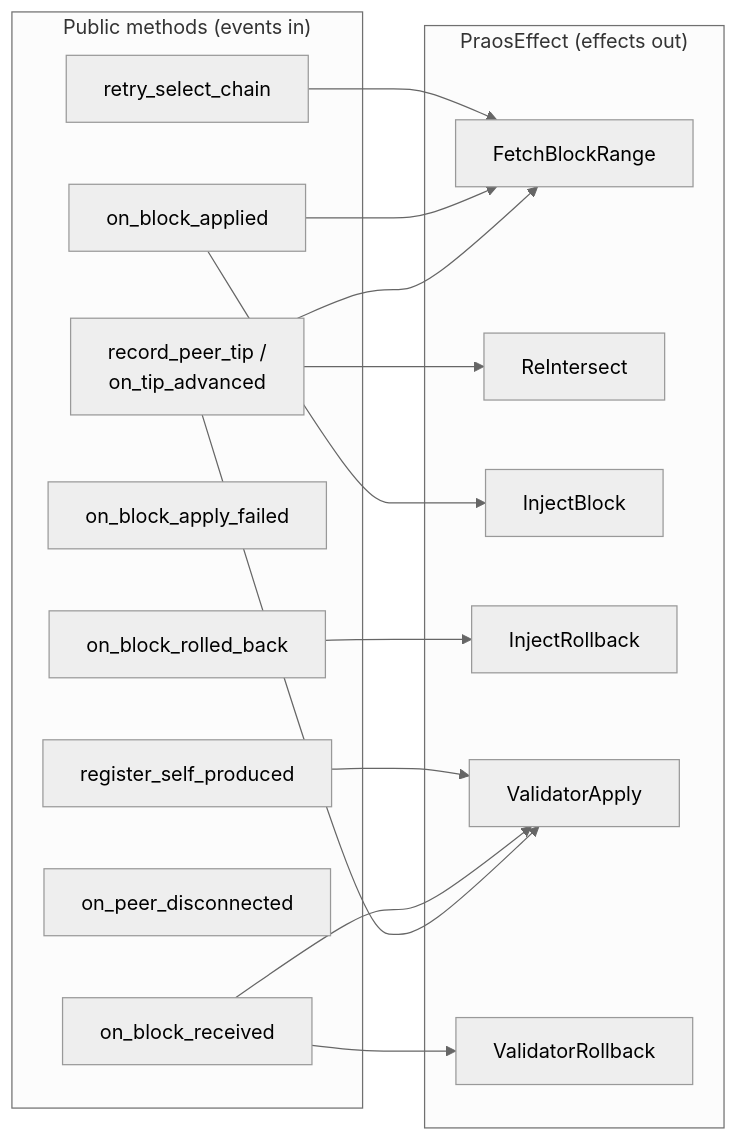
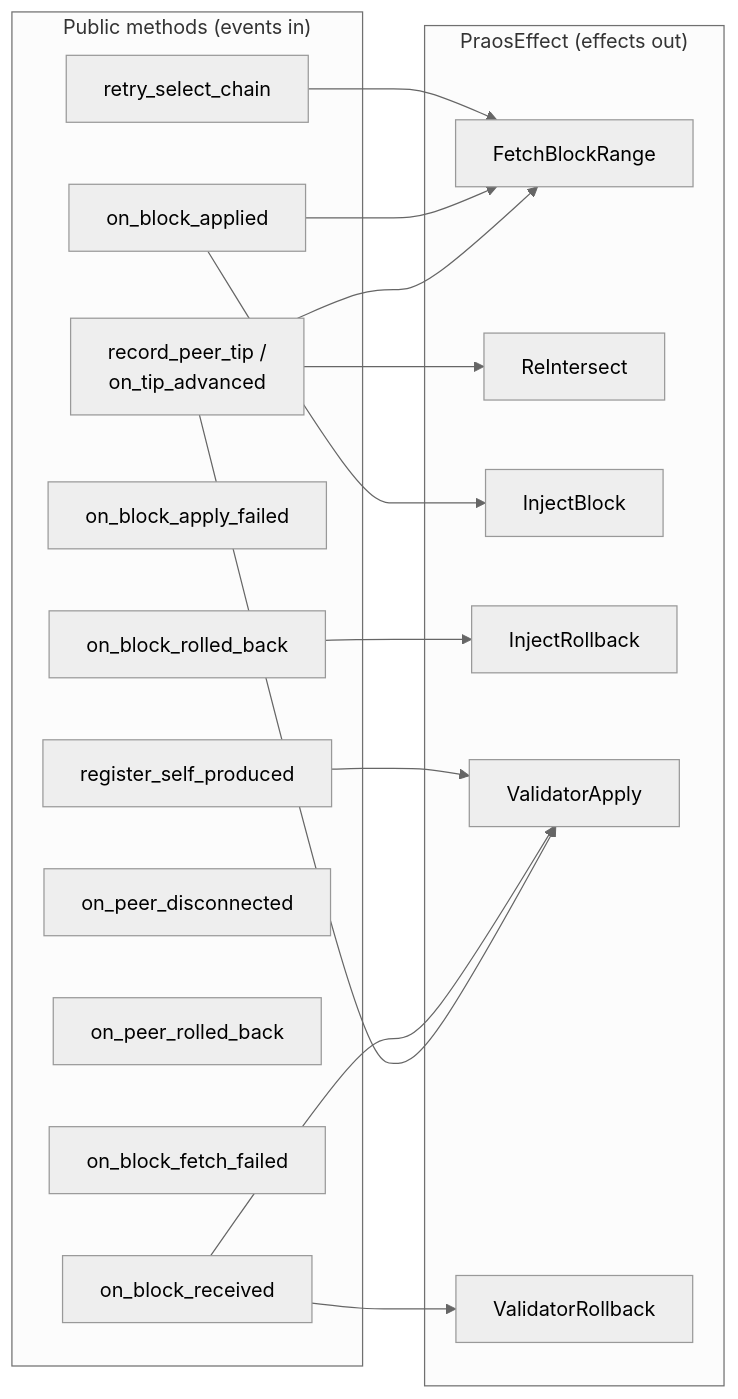
Before and after one commit to input-output-hk/ouroboros-leios: the sixth of 9 diagrams in shared-rs/consensus/README.md, drawn with Mermaid (neutral theme). The commit also changed other lines of this file and 2 other files, not shown here.

````diff
--- a/shared-rs/consensus/README.md
+++ b/shared-rs/consensus/README.md
@@ -119,33 +255,35 @@
 ```mermaid
 graph LR
     subgraph events["Public methods (events in)"]
-        E1["record_peer_tip /<br/>on_tip_advanced"]
+        E1[record_peer_tip /<br/>on_tip_advanced]
         E2[on_block_received]
         E3[on_block_applied]
         E4[on_block_apply_failed]
         E5[on_block_rolled_back]
         E6[register_self_produced]
         E7[on_peer_disconnected]
-        E8[retry_select_chain]
+        E8[on_peer_rolled_back]
+        E9[on_block_fetch_failed]
+        E10[retry_select_chain]
     end
 
     subgraph fx["PraosEffect (effects out)"]
         F1[FetchBlockRange]
         F2[ReIntersect]
         F3[InjectBlock]
         F4[InjectRollback]
         F5[ValidatorApply]
         F6[ValidatorRollback]
     end
 
     E1 --> F1
     E1 --> F2
     E1 --> F5
     E2 --> F5
     E2 --> F6
     E3 --> F3
     E3 --> F1
     E5 --> F4
     E6 --> F5
-    E8 --> F1
+    E10 --> F1
 ```
````
